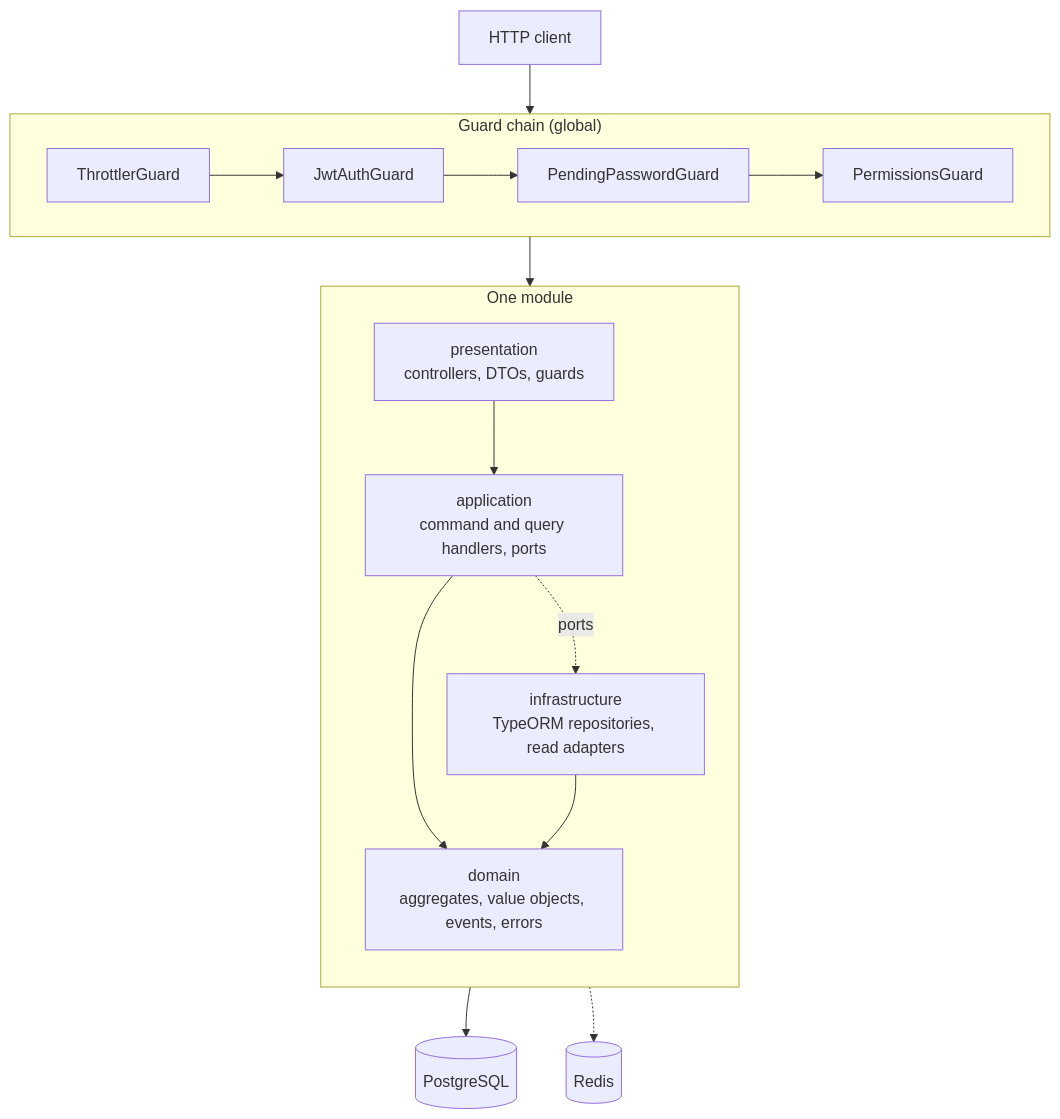
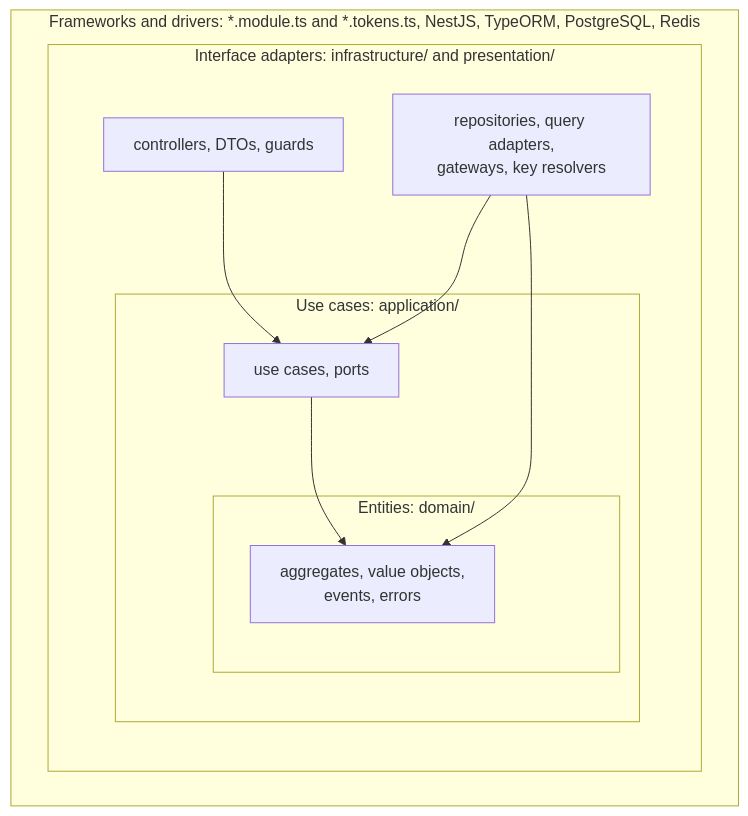
One commit to kewincosta/tech-challenge-fiap changed the second of 3 diagrams in README.md. Above: the diagram before and after it, drawn with Mermaid. The commit also changed other lines of this file and 1 other file, not shown here.

Commit message:
docs(readme): describe the clean architecture

````diff
--- a/README.md
+++ b/README.md
@@ -138,22 +144,19 @@
 ```mermaid
 flowchart TB
-    Client[HTTP client] --> Guards
-    subgraph Guards["Guard chain (global)"]
-        direction LR
-        T[ThrottlerGuard] --> J[JwtAuthGuard] --> P[PendingPasswordGuard] --> A[PermissionsGuard]
+    subgraph Frameworks["Frameworks and drivers: *.module.ts and *.tokens.ts, NestJS, TypeORM, PostgreSQL, Redis"]
+        subgraph Adapters["Interface adapters: infrastructure/ and presentation/"]
+            Presentation["controllers, DTOs, guards"]
+            Infrastructure["repositories, query adapters,<br/>gateways, key resolvers"]
+            subgraph UseCases["Use cases: application/"]
+                Application["use cases, ports"]
+                subgraph Entities["Entities: domain/"]
+                    Domain["aggregates, value objects,<br/>events, errors"]
+                end
+            end
+        end
     end
-    Guards --> Presentation
-    subgraph Module["One module"]
-        direction TB
-        Presentation["presentation<br/>controllers, DTOs, guards"]
-        Application["application<br/>command and query handlers, ports"]
-        Domain["domain<br/>aggregates, value objects, events, errors"]
-        Infrastructure["infrastructure<br/>TypeORM repositories, read adapters"]
-        Presentation --> Application
-        Application --> Domain
-        Application -.->|ports| Infrastructure
-        Infrastructure --> Domain
-    end
-    Infrastructure --> PG[(PostgreSQL)]
-    Application -.-> Redis[(Redis)]
+    Presentation --> Application
+    Infrastructure --> Application
+    Infrastructure --> Domain
+    Application --> Domain
 ```
````
